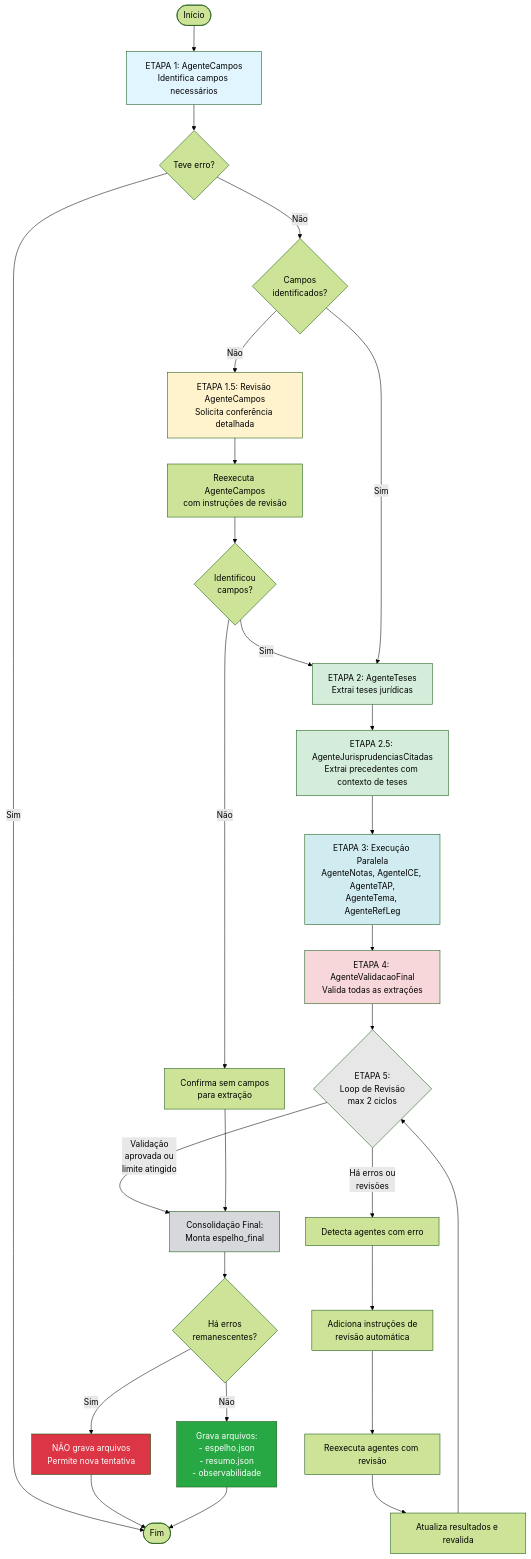
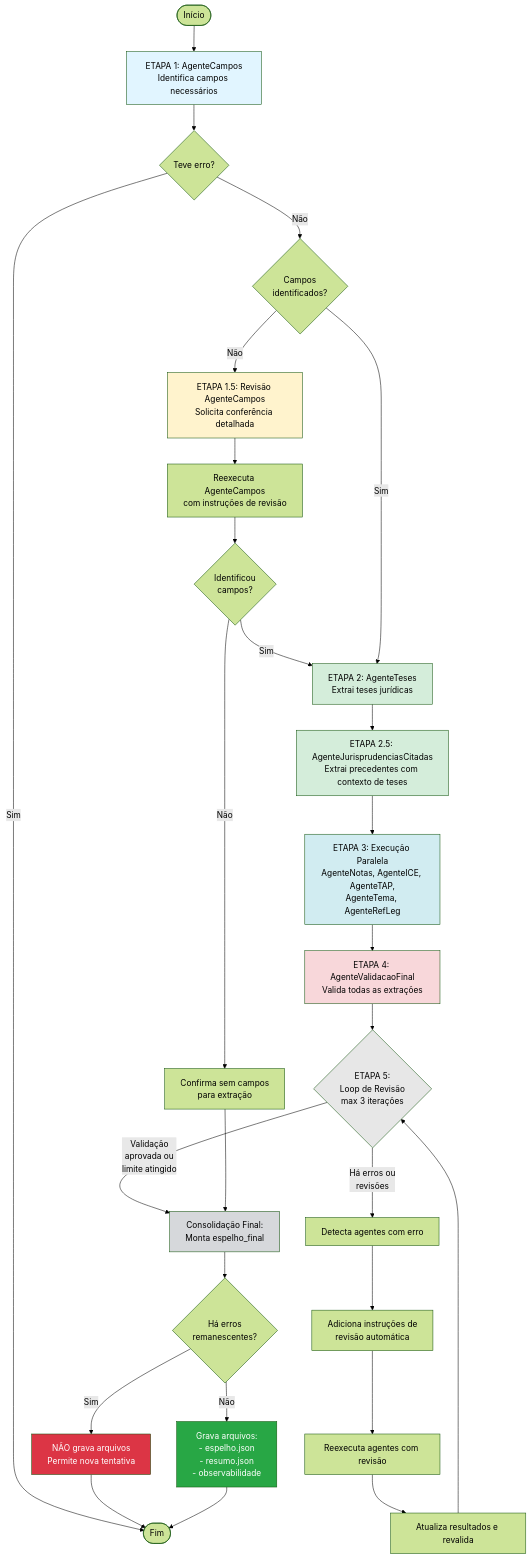
The second of 10 diagrams in experimentos/agentes-esp-acordao/README_MERMAID.md (luizanisio/llms), drawn with Mermaid (forest theme) before and after one commit. The commit also changed other lines of this file and 3 other files, not shown here.

````diff
--- a/experimentos/agentes-esp-acordao/README_MERMAID.md
+++ b/experimentos/agentes-esp-acordao/README_MERMAID.md
@@ -44,53 +44,53 @@
 ```mermaid
 flowchart TD
     Start([Início]) --> E1[ETAPA 1: AgenteCampos<br/>Identifica campos necessários]
     E1 --> CheckErro{Teve erro?}
     
     CheckErro -->|Sim| End
     CheckErro -->|Não| CheckCampos{Campos<br/>identificados?}
     
     CheckCampos -->|Não| E15[ETAPA 1.5: Revisão AgenteCampos<br/>Solicita conferência detalhada]
     E15 --> ReexecCampos[Reexecuta AgenteCampos<br/>com instruções de revisão]
     ReexecCampos --> CheckRevisao{Identificou<br/>campos?}
     
     CheckRevisao -->|Não| ConfirmaSem[Confirma sem campos<br/>para extração]
     CheckRevisao -->|Sim| E2
     CheckCampos -->|Sim| E2[ETAPA 2: AgenteTeses<br/>Extrai teses jurídicas]
     
     E2 --> E25[ETAPA 2.5: AgenteJurisprudenciasCitadas<br/>Extrai precedentes com contexto de teses]
     
     E25 --> E3[ETAPA 3: Execução Paralela<br/>AgenteNotas, AgenteICE, AgenteTAP,<br/>AgenteTema, AgenteRefLeg]
     
     E3 --> E4[ETAPA 4: AgenteValidacaoFinal<br/>Valida todas as extrações]
     
-    E4 --> E5{ETAPA 5:<br/>Loop de Revisão<br/>max 2 ciclos}
+    E4 --> E5{ETAPA 5:<br/>Loop de Revisão<br/>max 3 iterações}
     
     E5 -->|Há erros ou<br/>revisões| CheckErros[Detecta agentes com erro]
     CheckErros --> AddRevisao[Adiciona instruções de<br/>revisão automática]
     AddRevisao --> ProcessaRev[Reexecuta agentes com revisão]
     ProcessaRev --> RevalAgentes[Atualiza resultados e revalida]
     RevalAgentes --> E5
     
     E5 -->|Validação<br/>aprovada ou<br/>limite atingido| Consolidacao[Consolidação Final:<br/>Monta espelho_final]
     
     ConfirmaSem --> Consolidacao
     
     Consolidacao --> VerificaErros{Há erros<br/>remanescentes?}
     
     VerificaErros -->|Sim| NaoGrava[NÃO grava arquivos<br/>Permite nova tentativa]
     VerificaErros -->|Não| Grava[Grava arquivos:<br/>- espelho.json<br/>- resumo.json<br/>- observabilidade]
     
     NaoGrava --> End([Fim])
     Grava --> End
     
     style E1 fill:#e1f5ff
     style E15 fill:#fff3cd
     style E2 fill:#d4edda
     style E25 fill:#d4edda
     style E3 fill:#d1ecf1
     style E4 fill:#f8d7da
     style E5 fill:#e7e7e7
     style Consolidacao fill:#d6d8db
     style Grava fill:#28a745,color:#fff
     style NaoGrava fill:#dc3545,color:#fff
 ```
````
